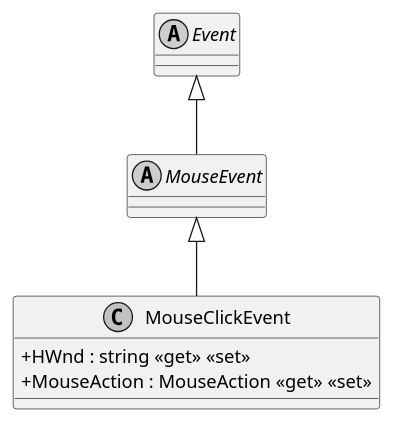
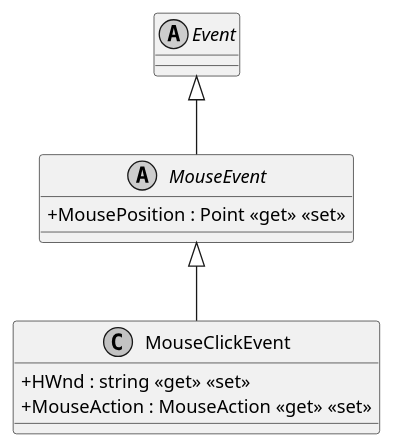
The diagram in documents/sd/plantuml/application/Modules/Mouse/Events/MouseClickEvent.puml (insightmind/MORR), drawn with PlantUML before and after one commit. The commit also changed 16 other files, not shown here.

```diff
--- a/documents/sd/plantuml/application/Modules/Mouse/Events/MouseClickEvent.puml
+++ b/documents/sd/plantuml/application/Modules/Mouse/Events/MouseClickEvent.puml
@@ -1,14 +1,16 @@
 @startuml
 skinparam monochrome true
 skinparam classAttributeIconSize 0
 
 class MouseClickEvent {
     + HWnd : string <<get>> <<set>>
     + MouseAction : MouseAction <<get>> <<set>>
 }
-abstract class MouseEvent
+abstract class MouseEvent {
+    + MousePosition : Point <<get>> <<set>>
+}
 abstract class Event
 MouseEvent <|-- MouseClickEvent
 Event <|-- MouseEvent
 
 @enduml
```
